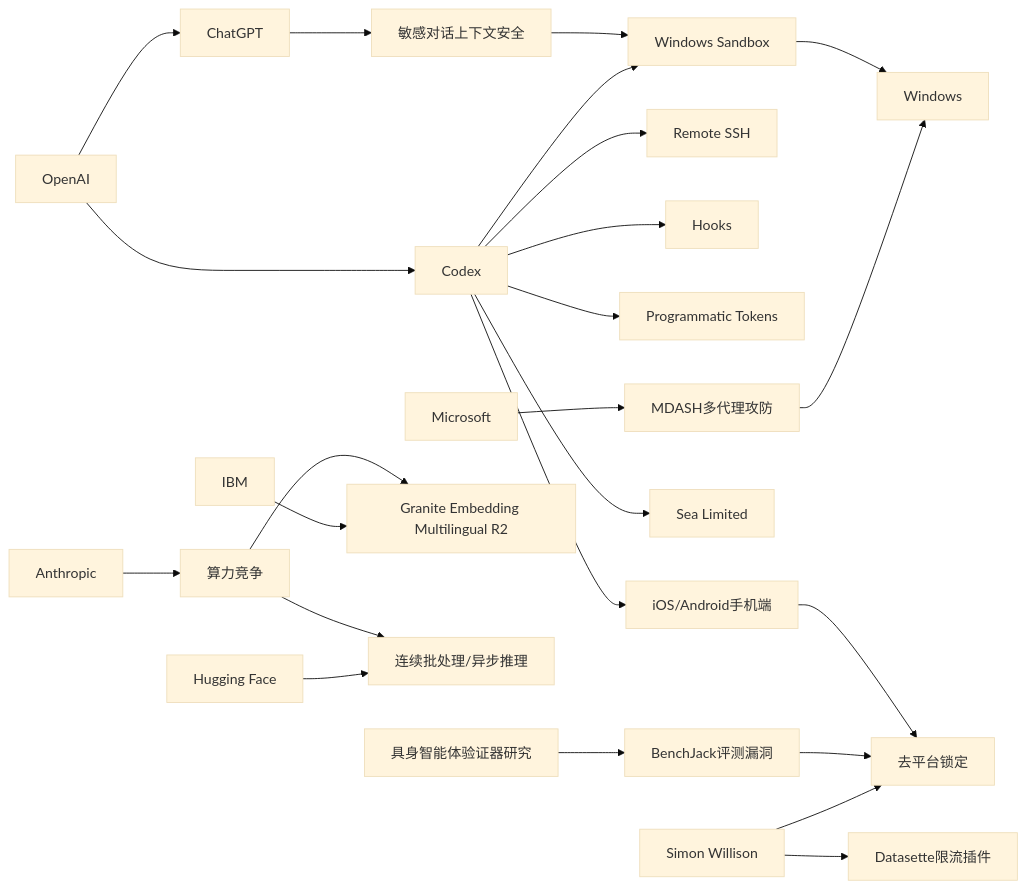
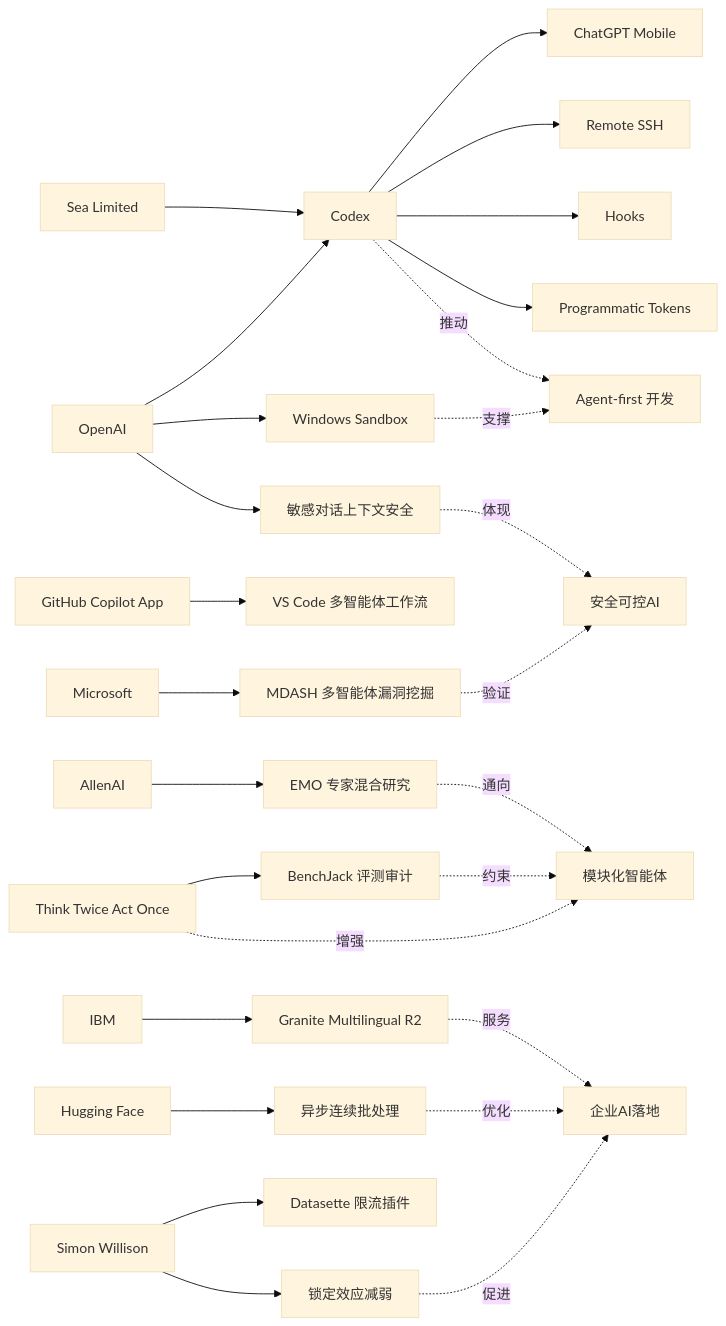
One commit to zhuxinfei/ai-daily-site changed the diagram in content/cn/2026/2026-05/2026-05-15.md. Above: the diagram before and after it, drawn with Mermaid (base theme). The commit also changed other lines of this file, not shown here.

````diff
--- a/content/cn/2026/2026-05/2026-05-15.md
+++ b/content/cn/2026/2026-05/2026-05-15.md
@@ -118,56 +110,65 @@
 ```mermaid
 graph LR
     OpenAI[OpenAI]
     Codex[Codex]
-    ChatGPT[ChatGPT]
-    Mobile[iOS/Android手机端]
+    ChatGPT[ChatGPT Mobile]
     SSH[Remote SSH]
     Hooks[Hooks]
     Tokens[Programmatic Tokens]
-    Sandbox[Windows Sandbox]
+    WinSandbox[Windows Sandbox]
     Safety[敏感对话上下文安全]
     Sea[Sea Limited]
+    Copilot[GitHub Copilot App]
+    VSCode[VS Code 多智能体工作流]
+
     Microsoft[Microsoft]
-    MDASH[MDASH多代理攻防]
-    Windows[Windows]
-    Anthropic[Anthropic]
-    Compute[算力竞争]
+    MDASH[MDASH 多智能体漏洞挖掘]
+
+    AllenAI[AllenAI]
+    EMO[EMO 专家混合研究]
+
+    Verifier[Think Twice Act Once]
+    BenchJack[BenchJack 评测审计]
+
     IBM[IBM]
-    Granite[Granite Embedding Multilingual R2]
+    Granite[Granite Multilingual R2]
+
     HF[Hugging Face]
-    Async[连续批处理/异步推理]
+    AsyncBatch[异步连续批处理]
+
     Simon[Simon Willison]
-    Lockin[去平台锁定]
-    Datasette[Datasette限流插件]
-    BenchJack[BenchJack评测漏洞]
-    Embodied[具身智能体验证器研究]
+    Datasette[Datasette 限流插件]
+    Lockin[锁定效应减弱]
 
     OpenAI --> Codex
-    OpenAI --> ChatGPT
-    Codex --> Mobile
+    Codex --> ChatGPT
     Codex --> SSH
     Codex --> Hooks
     Codex --> Tokens
-    Codex --> Sandbox
-    ChatGPT --> Safety
-    Codex --> Sea
+    OpenAI --> WinSandbox
+    OpenAI --> Safety
+    Sea --> Codex
+    Copilot --> VSCode
 
     Microsoft --> MDASH
-    MDASH --> Windows
-    Sandbox --> Windows
 
-    Anthropic --> Compute
-    HF --> Async
+    AllenAI --> EMO
+    Verifier --> BenchJack
+
     IBM --> Granite
+    HF --> AsyncBatch
 
+    Simon --> Datasette
     Simon --> Lockin
-    Simon --> Datasette
-    BenchJack --> Lockin
 
-    Embodied --> BenchJack
-
-    Compute --> Async
-    Compute --> Granite
-    Safety --> Sandbox
-    Mobile --> Lockin
+    Codex -.推动.-> AgentDev[Agent-first 开发]
+    WinSandbox -.支撑.-> AgentDev
+    Safety -.体现.-> Trust[安全可控AI]
+    MDASH -.验证.-> Trust
+    EMO -.通向.-> Modular[模块化智能体]
+    Verifier -.增强.-> Modular
+    BenchJack -.约束.-> Modular
+    Granite -.服务.-> Enterprise[企业AI落地]
+    AsyncBatch -.优化.-> Enterprise
+    Lockin -.促进.-> Enterprise
 ```
````
